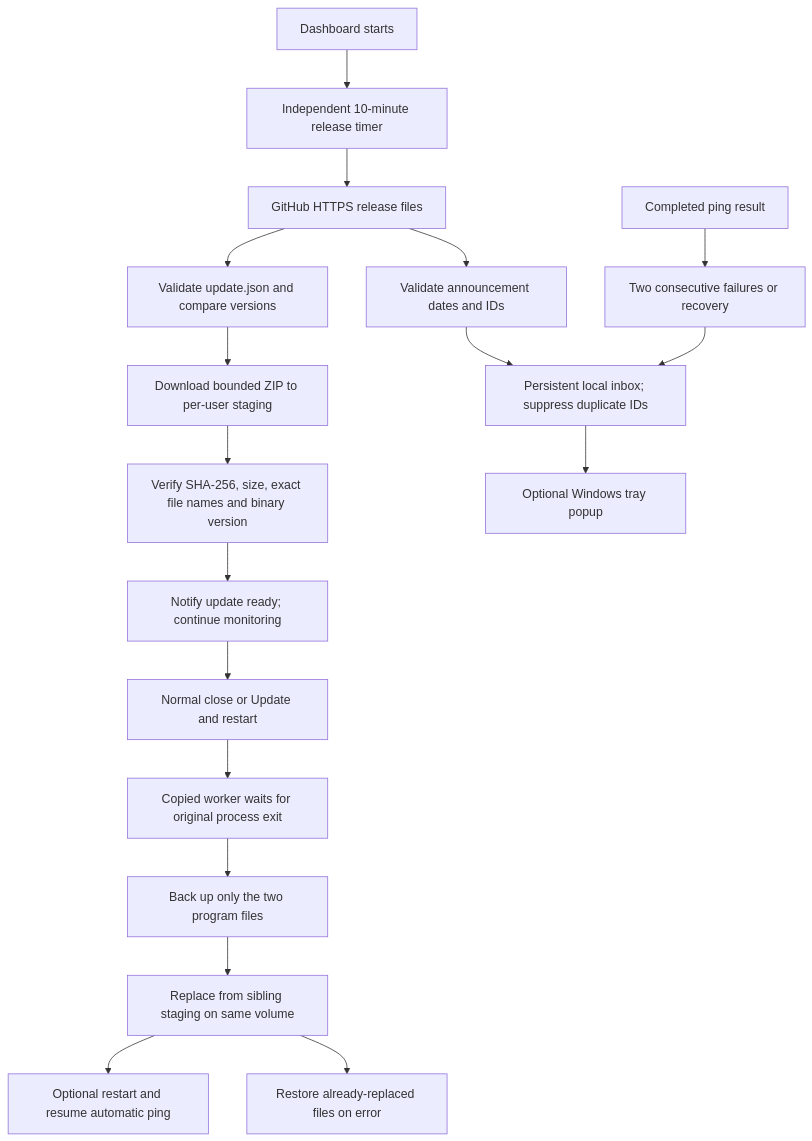
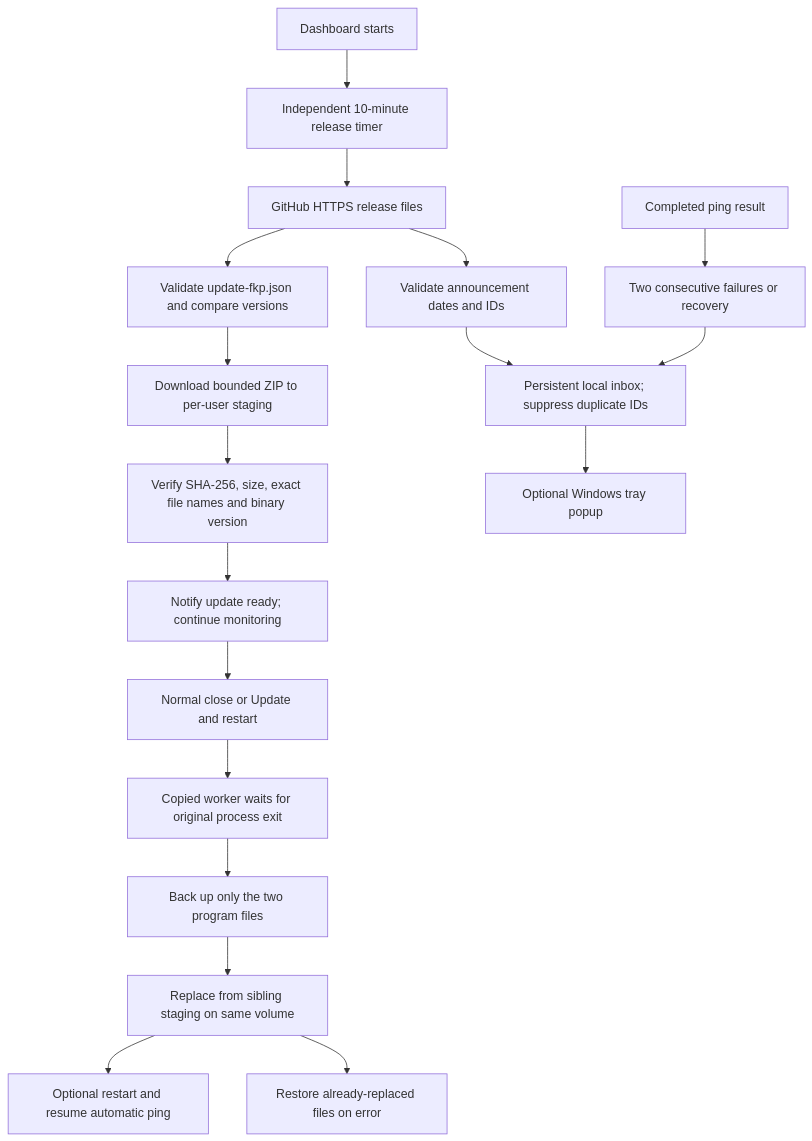
One commit to kumatech112/FKP_Server_Monitor changed the second of 2 diagrams in docs/ARCHITECTURE.md. Above: the diagram before and after it, drawn with Mermaid. The commit also changed other lines of this file and 28 other files, not shown here.

````diff
--- a/docs/ARCHITECTURE.md
+++ b/docs/ARCHITECTURE.md
@@ -61,20 +61,20 @@
 ```mermaid
 flowchart TD
     Window[Dashboard starts] --> Poll[Independent 10-minute release timer]
     Poll --> HTTPS[GitHub HTTPS release files]
-    HTTPS --> Manifest[Validate update.json and compare versions]
+    HTTPS --> Manifest[Validate update-fkp.json and compare versions]
     Manifest --> Download[Download bounded ZIP to per-user staging]
     Download --> Check[Verify SHA-256, size, exact file names and binary version]
     Check --> Ready[Notify update ready; continue monitoring]
     Ready --> Exit[Normal close or Update and restart]
     Exit --> Worker[Copied worker waits for original process exit]
     Worker --> Backup[Back up only the two program files]
     Backup --> Replace[Replace from sibling staging on same volume]
     Replace --> Success[Optional restart and resume automatic ping]
     Replace --> Failure[Restore already-replaced files on error]
     HTTPS --> Feed[Validate announcement dates and IDs]
     Feed --> Inbox[Persistent local inbox; suppress duplicate IDs]
     Ping[Completed ping result] --> Tracker[Two consecutive failures or recovery]
     Tracker --> Inbox
     Inbox --> Popup[Optional Windows tray popup]
 ```
````
